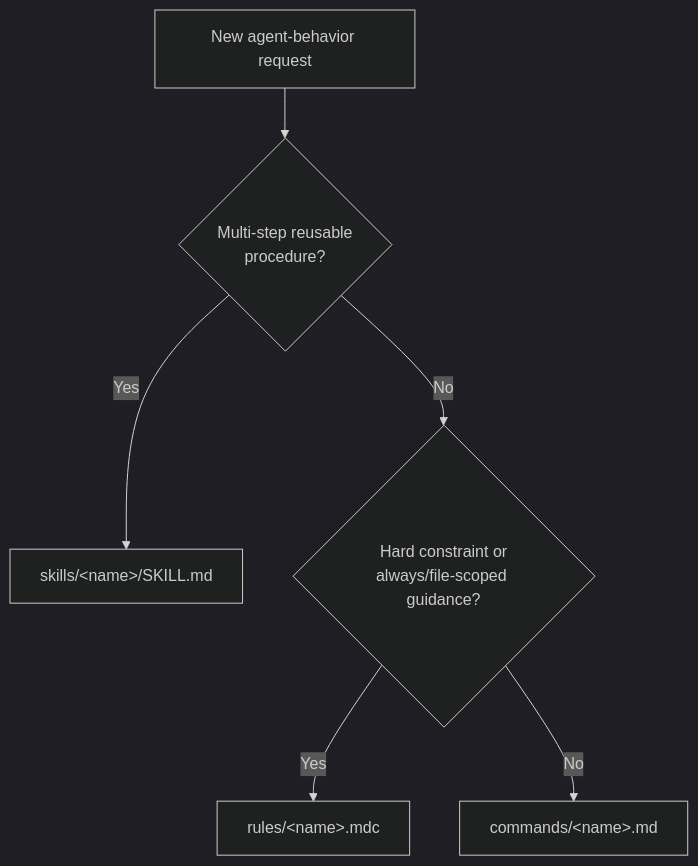
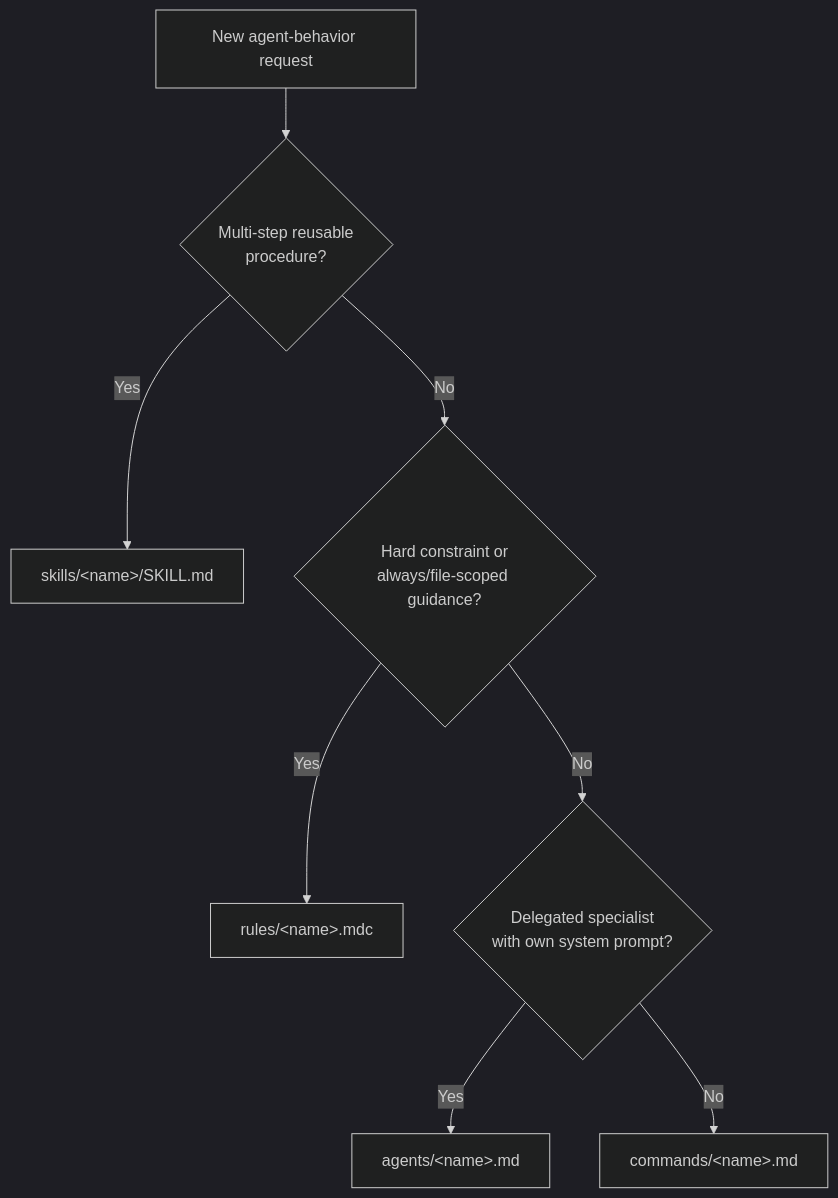
The diagram in .cursor/skills/create-skill-pro/SKILL.md (ATOMANGELETTI/GenSource.Template), drawn with Mermaid (dark theme) before and after one commit. The commit also changed other lines of this file and 157 other files, not shown here.

````diff
--- a/.cursor/skills/create-skill-pro/SKILL.md
+++ b/.cursor/skills/create-skill-pro/SKILL.md
@@ -95,8 +96,10 @@
 ```mermaid
 flowchart TD
     Start["New agent-behavior request"] --> Q1{"Multi-step reusable\nprocedure?"}
     Q1 -->|Yes| Skill["skills/&lt;name&gt;/SKILL.md"]
     Q1 -->|No| Q2{"Hard constraint or\nalways/file-scoped guidance?"}
     Q2 -->|Yes| Rule["rules/&lt;name&gt;.mdc"]
-    Q2 -->|No| Cmd["commands/&lt;name&gt;.md"]
+    Q2 -->|No| Q3{"Delegated specialist\nwith own system prompt?"}
+    Q3 -->|Yes| Agent["agents/&lt;name&gt;.md"]
+    Q3 -->|No| Cmd["commands/&lt;name&gt;.md"]
 ```
````
